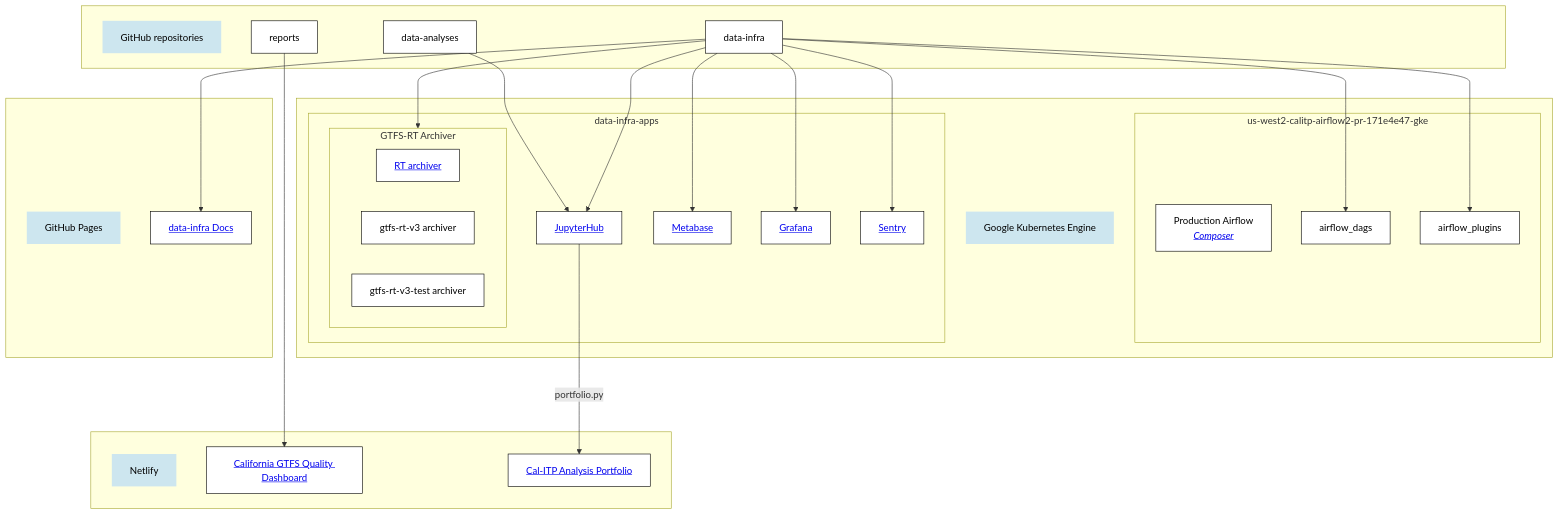
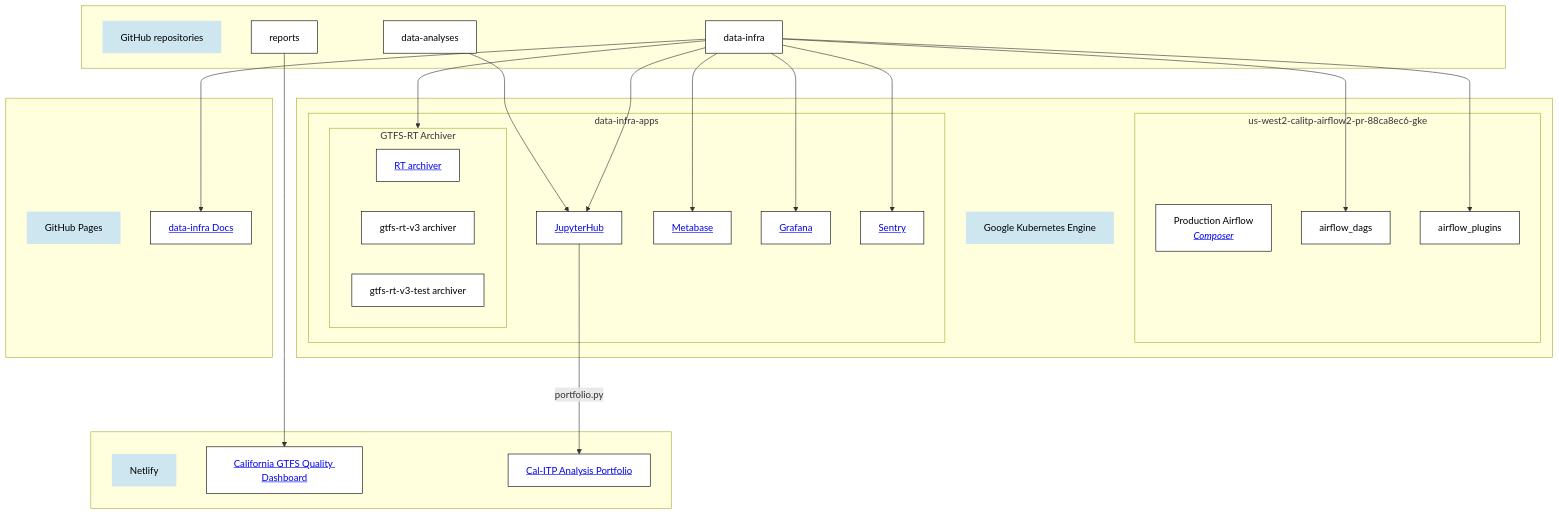
One commit to cal-itp/data-infra changed the diagram in docs/architecture/services.md. Above: the diagram before and after it, drawn with Mermaid. The commit also changed other lines of this file and 9 other files, not shown here.

````diff
--- a/docs/architecture/services.md
+++ b/docs/architecture/services.md
@@ -26,57 +26,57 @@
 ```{mermaid}
 flowchart TD
 %% note that you seemingly cannot have a subgraph that only contains other subgraphs
 %% so I am using "label" nodes to make sure each subgraph has at least one direct child
     subgraph repos[ ]
         repos_label[GitHub repositories]
         data_infra_repo[data-infra]
         data_analyses_repo[data-analyses]
         reports_repo[reports]
     end
     subgraph kubernetes[ ]
         kubernetes_label[Google Kubernetes Engine]
-        subgraph airflow[us-west2-calitp-airflow2-pr-171e4e47-gke]
+        subgraph airflow[us-west2-calitp-airflow2-pr-88ca8ec6-gke]
             airflow_label[Production Airflow <br><i><a href='https://console.cloud.google.com/composer/environments?project=cal-itp-data-infra&supportedpurview=project'>Composer</a></i>]
             airflow_dags
             airflow_plugins
         end
         subgraph data_infra_apps_cluster[data-infra-apps]
             subgraph rt_archiver[GTFS-RT Archiver]
                 rt_archiver_label[<a href='https://github.com/cal-itp/data-infra/tree/main/services/gtfs-rt-archiver-v3'>RT archiver</a>]
                 prod_rt_archiver[gtfs-rt-v3 archiver]
                 test_rt_archiver[gtfs-rt-v3-test archiver]
             end
             jupyterhub[<a href='https://notebooks.calitp.org'>JupyterHub</a>]
             metabase[<a href='https://dashboards.calitp.org'>Metabase</a>]
             grafana[<a href='https://monitoring.calitp.org'>Grafana</a>]
             sentry[<a href='https://sentry.calitp.org'>Sentry</a>]
         end
     end
 
     subgraph netlify[ ]
         netlify_label[Netlify]
         reports_website[<a href='https://reports.calitp.org'>California GTFS Quality Dashboard</a>]
         analysis_portfolio[<a href='https://analysis.calitp.org'>Cal-ITP Analysis Portfolio</a>]
     end
 
     subgraph github_pages[ ]
         github_pages_label[GitHub Pages]
         data_infra_docs[<a href='https://docs.calitp.org/data-infra'>data-infra Docs</a>]
     end
 
 data_infra_repo --> airflow_dags
 data_infra_repo --> airflow_plugins
 data_infra_repo --> rt_archiver
 data_infra_repo --> jupyterhub
 data_infra_repo --> metabase
 data_infra_repo --> grafana
 data_infra_repo --> sentry
 
 data_infra_repo --> data_infra_docs
 data_analyses_repo --> jupyterhub --->|portfolio.py| analysis_portfolio
 reports_repo --> reports_website
 
 classDef default fill:white, color:black, stroke:black, stroke-width:1px
 classDef group_labelstyle fill:#cde6ef, color:black, stroke-width:0px
 class repos_label,kubernetes_label,netlify_label,github_pages_label group_labelstyle
 ```
````
